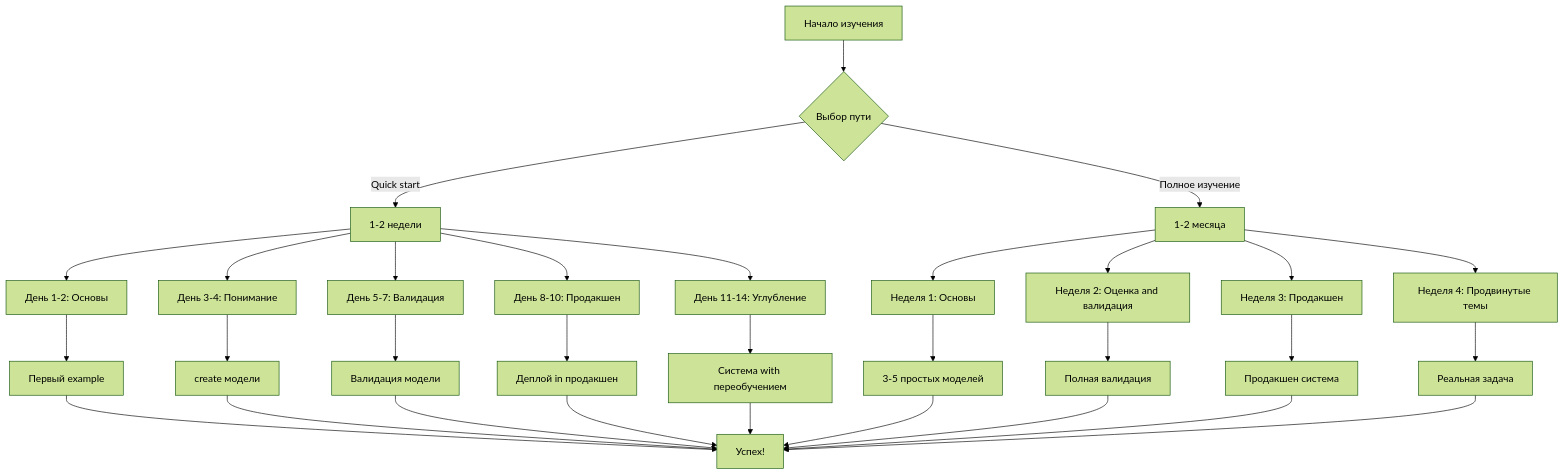
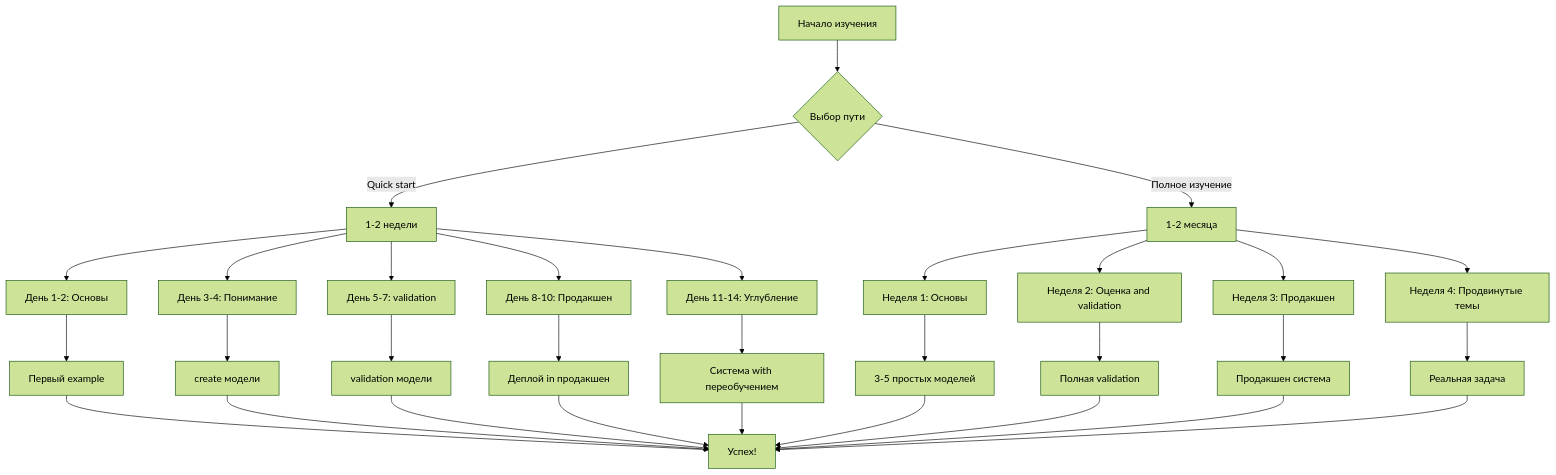
One commit to NeoZorK/neozork-hld-prediction changed the first of 8 diagrams in docs/automl/gluon/25_reading_guide.md. Above: the diagram before and after it, drawn with Mermaid (forest theme). The commit also changed other lines of this file and 88 other files, not shown here.

````diff
--- a/docs/automl/gluon/25_reading_guide.md
+++ b/docs/automl/gluon/25_reading_guide.md
@@ -36,38 +36,38 @@
 ```mermaid
 graph TD
 A[Начало изучения] --> B{Выбор пути}
 B -->|Quick start| C[1-2 недели]
 B -->|Полное изучение| D[1-2 месяца]
 
 C --> C1[День 1-2: Основы]
 C --> C2[День 3-4: Понимание]
-C --> C3[День 5-7: Валидация]
+C --> C3[День 5-7: validation]
 C --> C4[День 8-10: Продакшен]
 C --> C5[День 11-14: Углубление]
 
 D --> D1[Неделя 1: Основы]
-D --> D2[Неделя 2: Оценка and валидация]
+D --> D2[Неделя 2: Оценка and validation]
 D --> D3[Неделя 3: Продакшен]
 D --> D4[Неделя 4: Продвинутые темы]
 
 C1 --> E[Первый example]
 C2 --> F[create модели]
-C3 --> G[Валидация модели]
+C3 --> G[validation модели]
 C4 --> H[Деплой in продакшен]
 C5 --> I[Система with переобучением]
 
 D1 --> J[3-5 простых моделей]
-D2 --> K[Полная валидация]
+D2 --> K[Полная validation]
 D3 --> L[Продакшен система]
 D4 --> M[Реальная задача]
 
 E --> N[Успех!]
  F --> N
  G --> N
  H --> N
  I --> N
  J --> N
  K --> N
  L --> N
  M --> N
 ```
````
